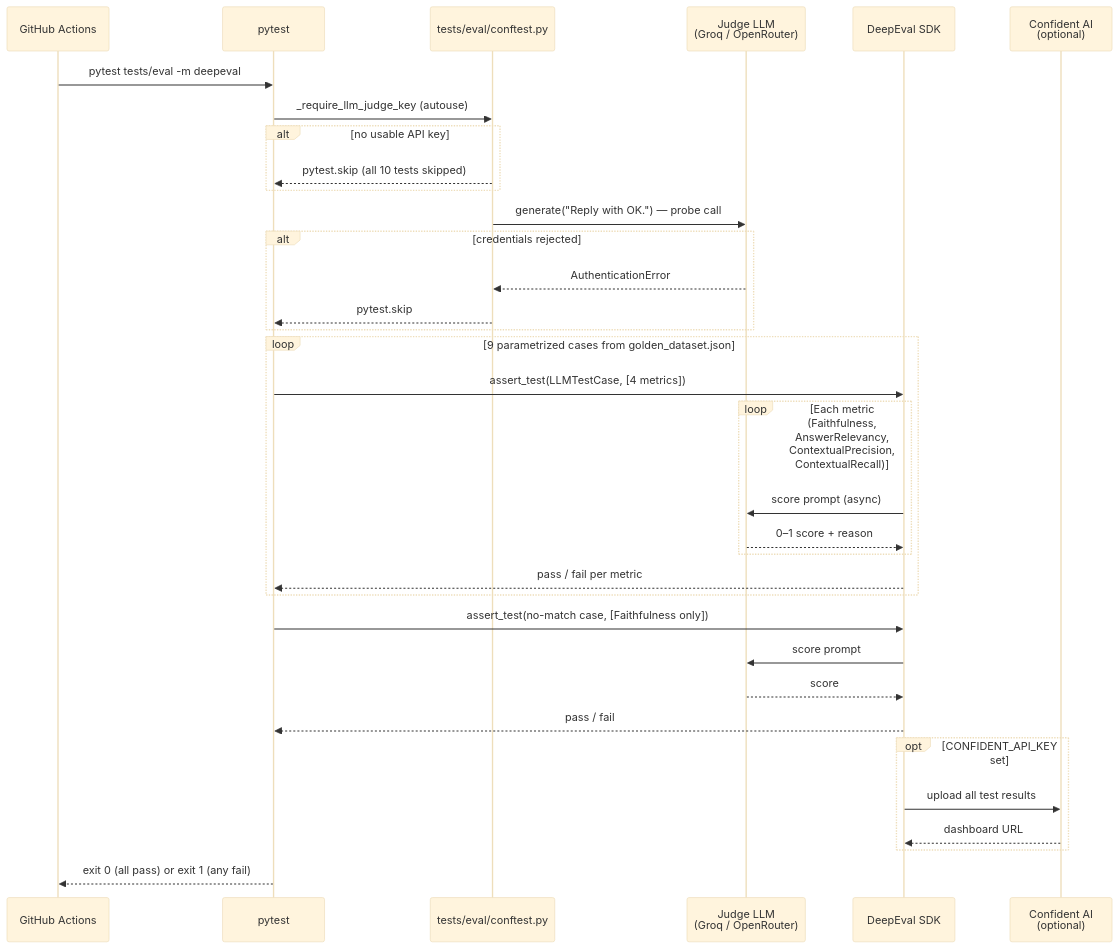
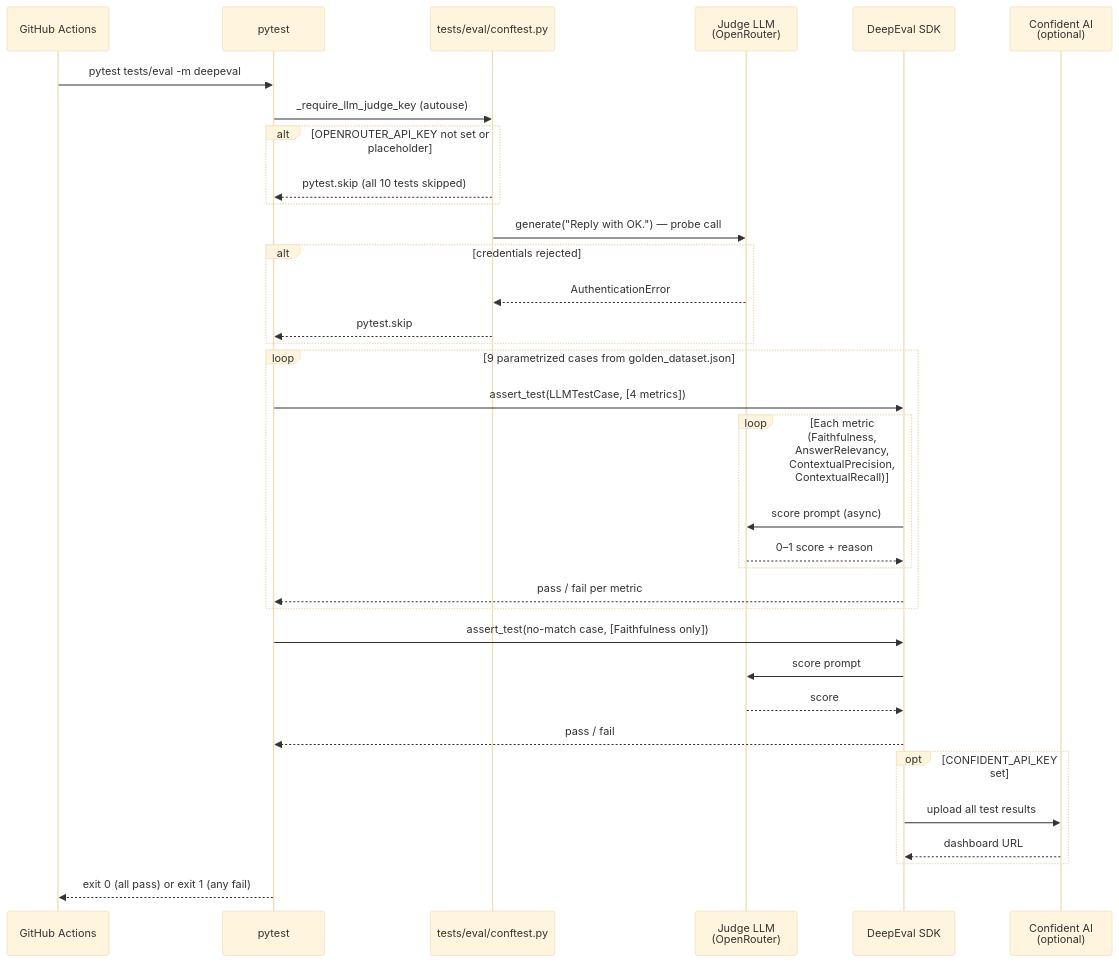
Before and after one commit to yanyetang/nexus-chat-api: the fifth of 8 diagrams in README.md, drawn with Mermaid (base theme). The commit also changed other lines of this file and 1 other file, not shown here.

First line of the commit message:
Update docs to reflect OpenRouter-only judge

````diff
--- a/README.md
+++ b/README.md
@@ -245,43 +244,43 @@
 ```mermaid
 sequenceDiagram
     participant GHA as GitHub Actions
     participant pytest as pytest
     participant conftest as tests/eval/conftest.py
-    participant Judge as Judge LLM<br/>(Groq / OpenRouter)
+    participant Judge as Judge LLM<br/>(OpenRouter)
     participant DeepEval as DeepEval SDK
     participant Confident as Confident AI<br/>(optional)
 
     GHA->>pytest: pytest tests/eval -m deepeval
 
     pytest->>conftest: _require_llm_judge_key (autouse)
-    alt no usable API key
+    alt OPENROUTER_API_KEY not set or placeholder
         conftest-->>pytest: pytest.skip (all 10 tests skipped)
     end
 
     conftest->>Judge: generate("Reply with OK.") — probe call
     alt credentials rejected
         Judge-->>conftest: AuthenticationError
         conftest-->>pytest: pytest.skip
     end
 
     loop 9 parametrized cases from golden_dataset.json
         pytest->>DeepEval: assert_test(LLMTestCase, [4 metrics])
         loop Each metric (Faithfulness, AnswerRelevancy, ContextualPrecision, ContextualRecall)
             DeepEval->>Judge: score prompt (async)
             Judge-->>DeepEval: 0–1 score + reason
         end
         DeepEval-->>pytest: pass / fail per metric
     end
 
     pytest->>DeepEval: assert_test(no-match case, [Faithfulness only])
     DeepEval->>Judge: score prompt
     Judge-->>DeepEval: score
     DeepEval-->>pytest: pass / fail
 
     opt CONFIDENT_API_KEY set
         DeepEval->>Confident: upload all test results
         Confident-->>DeepEval: dashboard URL
     end
 
     pytest-->>GHA: exit 0 (all pass) or exit 1 (any fail)
 ```
````
